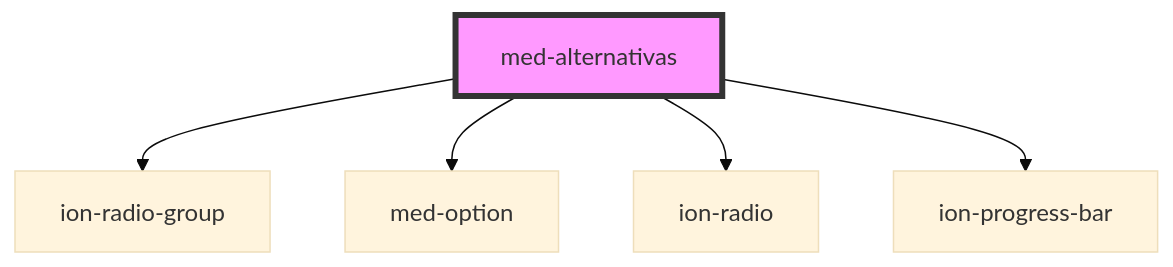
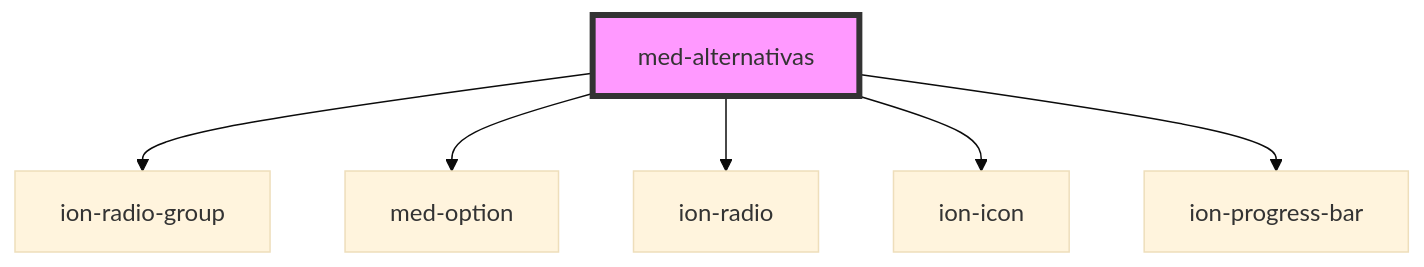
Before and after one commit to ionic-team/ionic-framework: the diagram in core/src/components/medgrupo/team/med-alternativas/readme.md, drawn with Mermaid (base theme). The commit also changed other lines of this file and 217 other files, not shown here.

````diff
--- a/core/src/components/medgrupo/team/med-alternativas/readme.md
+++ b/core/src/components/medgrupo/team/med-alternativas/readme.md
@@ -40,8 +41,9 @@
 ```mermaid
 graph TD;
   med-alternativas --> ion-radio-group
   med-alternativas --> med-option
   med-alternativas --> ion-radio
+  med-alternativas --> ion-icon
   med-alternativas --> ion-progress-bar
   style med-alternativas fill:#f9f,stroke:#333,stroke-width:4px
 ```
````
